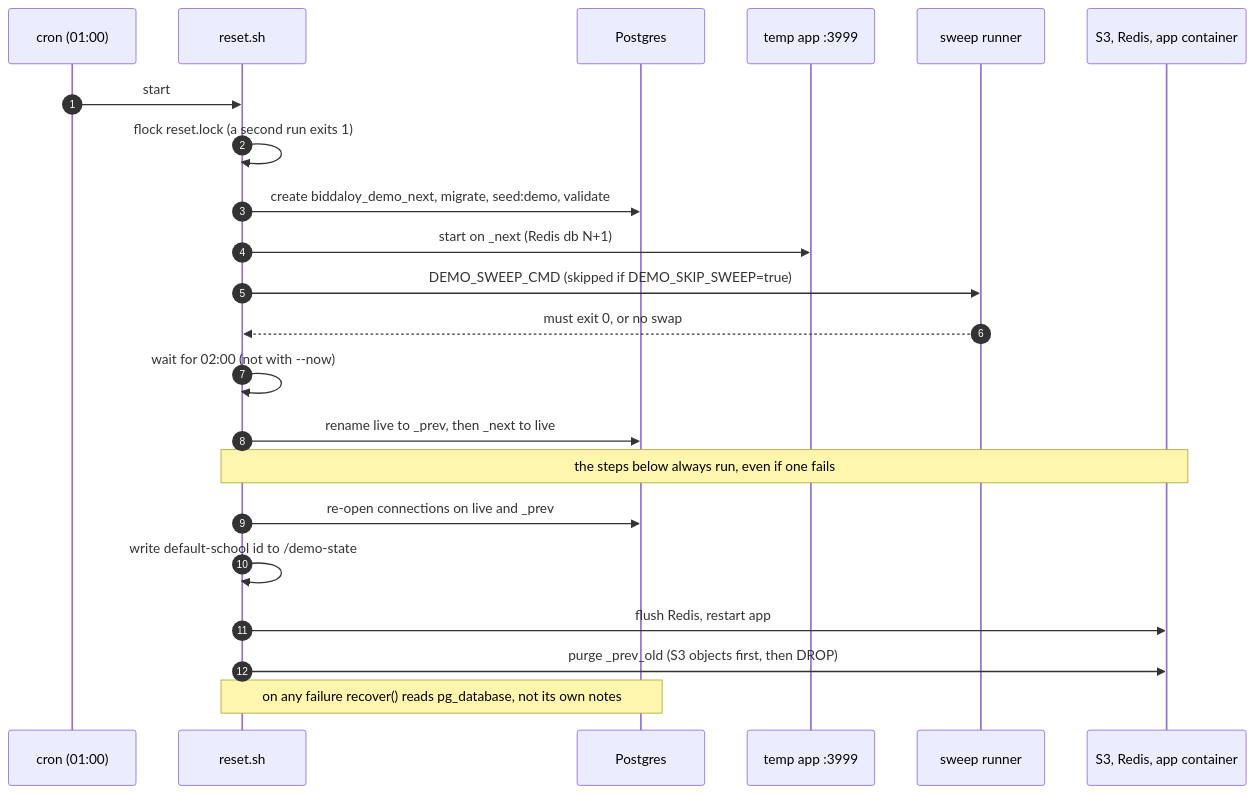
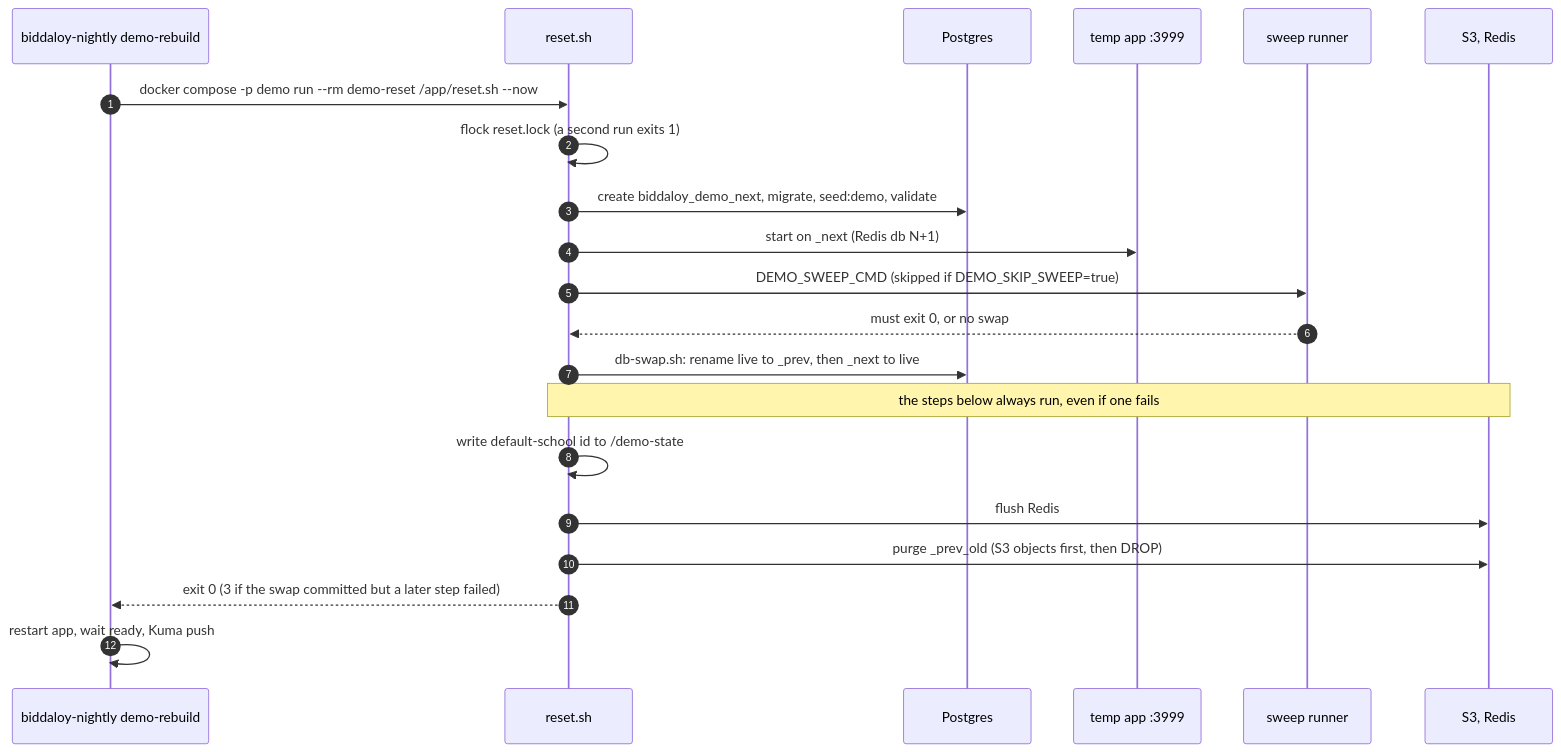
The fifth of 8 diagrams in docs/architecture/22-demo-seed.md (tareq89/biddaloy), drawn with Mermaid before and after one commit. The commit also changed other lines of this file and 9 other files, not shown here.

````diff
--- a/docs/architecture/22-demo-seed.md
+++ b/docs/architecture/22-demo-seed.md
@@ -217,24 +260,23 @@
 ```mermaid
 sequenceDiagram
   autonumber
-  participant C as cron (01:00)
+  participant C as biddaloy-nightly demo-rebuild
   participant R as reset.sh
   participant P as Postgres
   participant T as temp app :3999
   participant W as sweep runner
-  participant S as S3, Redis, app container
-  C->>R: start
+  participant S as S3, Redis
+  C->>R: docker compose -p demo run --rm demo-reset /app/reset.sh --now
   R->>R: flock reset.lock (a second run exits 1)
   R->>P: create biddaloy_demo_next, migrate, seed:demo, validate
   R->>T: start on _next (Redis db N+1)
   R->>W: DEMO_SWEEP_CMD (skipped if DEMO_SKIP_SWEEP=true)
   W-->>R: must exit 0, or no swap
-  R->>R: wait for 02:00 (not with --now)
-  R->>P: rename live to _prev, then _next to live
+  R->>P: db-swap.sh: rename live to _prev, then _next to live
   Note over R,S: the steps below always run, even if one fails
-  R->>P: re-open connections on live and _prev
   R->>R: write default-school id to /demo-state
-  R->>S: flush Redis, restart app
+  R->>S: flush Redis
   R->>S: purge _prev_old (S3 objects first, then DROP)
-  Note over R,P: on any failure recover() reads pg_database, not its own notes
+  R-->>C: exit 0 (3 if the swap committed but a later step failed)
+  C->>C: restart app, wait ready, Kuma push
 ```
````
